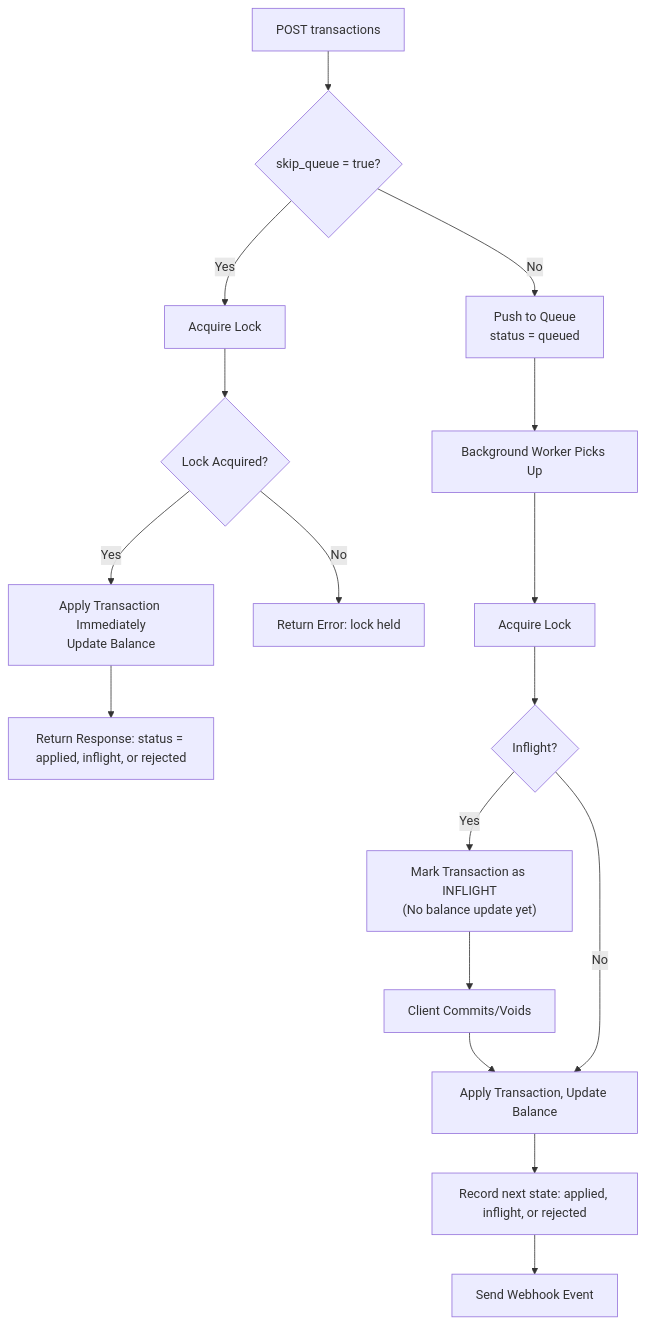
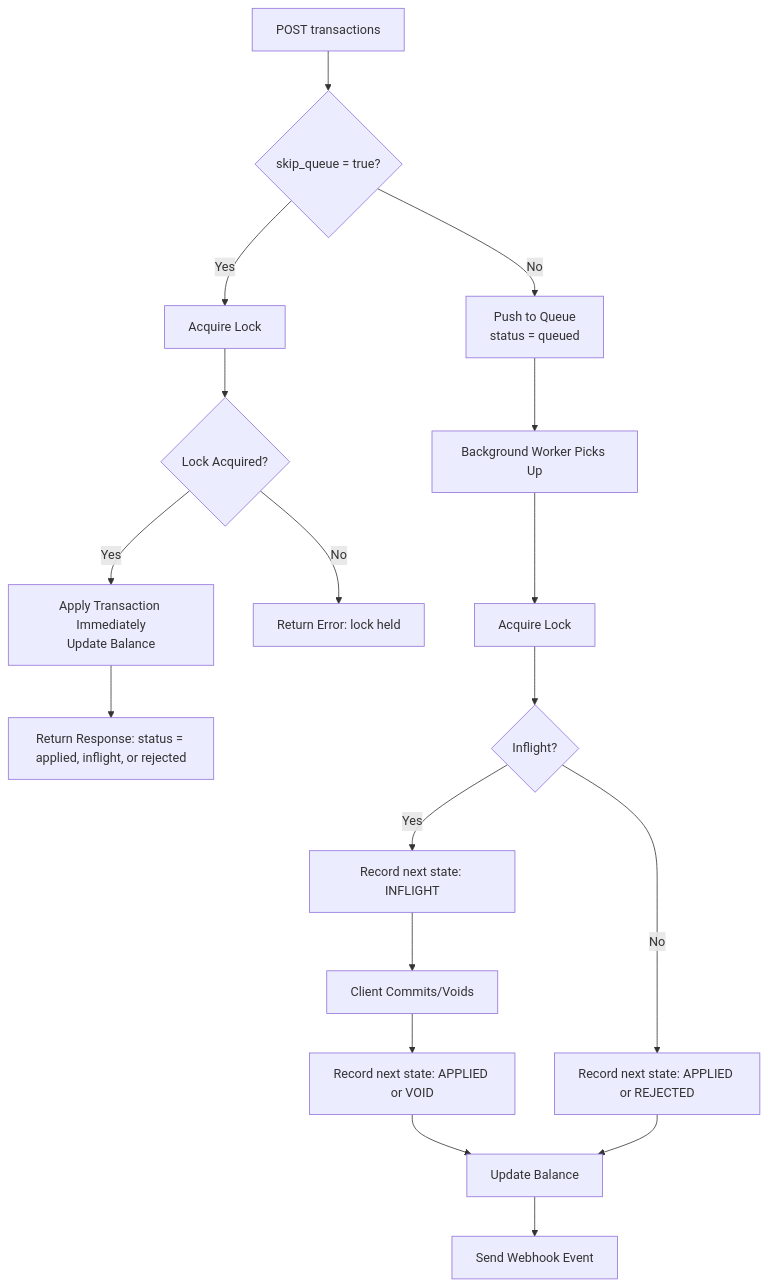
The diagram in guides/queues.mdx (blnkfinance/blnk-docs), drawn with Mermaid before and after one commit. The commit also changed other lines of this file, not shown here.

Commit message:
new: Add new queues guide doc

````diff
--- a/guides/queues.mdx
+++ b/guides/queues.mdx
@@ -26,36 +26,37 @@
 ```mermaid
 flowchart TD
     A[POST transactions]
     B{skip_queue = true?}
     C[Acquire Lock]
     D{Lock Acquired?}
     E["Apply Transaction Immediately<br/>Update Balance"]
     F[Return Response: status = applied, inflight, or rejected]
     G[Return Error: lock held]
     H[Push to Queue<br/>status = queued]
     I[Background Worker Picks Up]
     J[Acquire Lock]
     K{Inflight?}
-    L["Mark Transaction as INFLIGHT<br/>(No balance update yet)"]
+    L["Record next state: INFLIGHT"]
     M[Client Commits/Voids]
+    N[Record next state: APPLIED or VOID]
     O[Send Webhook Event]
-    Q[Apply Transaction, Update Balance]
-    S[Record next state: applied, inflight, or rejected]
+    Q[Update Balance]
+    S[Record next state: APPLIED or REJECTED]
 
     A --> B
     B -- Yes --> C
     C --> D
     D -- Yes --> E
     E --> F
     D -- No --> G
     B -- No --> H
     H --> I
     I --> J
     J --> K
     K -- Yes --> L
     L --> M
-    M --> Q
-    S --> O
-    K -- No --> Q
-    Q --> S
+    M --> N --> Q
+    Q --> O
+    K -- No --> S
+    S --> Q
 ```
````
